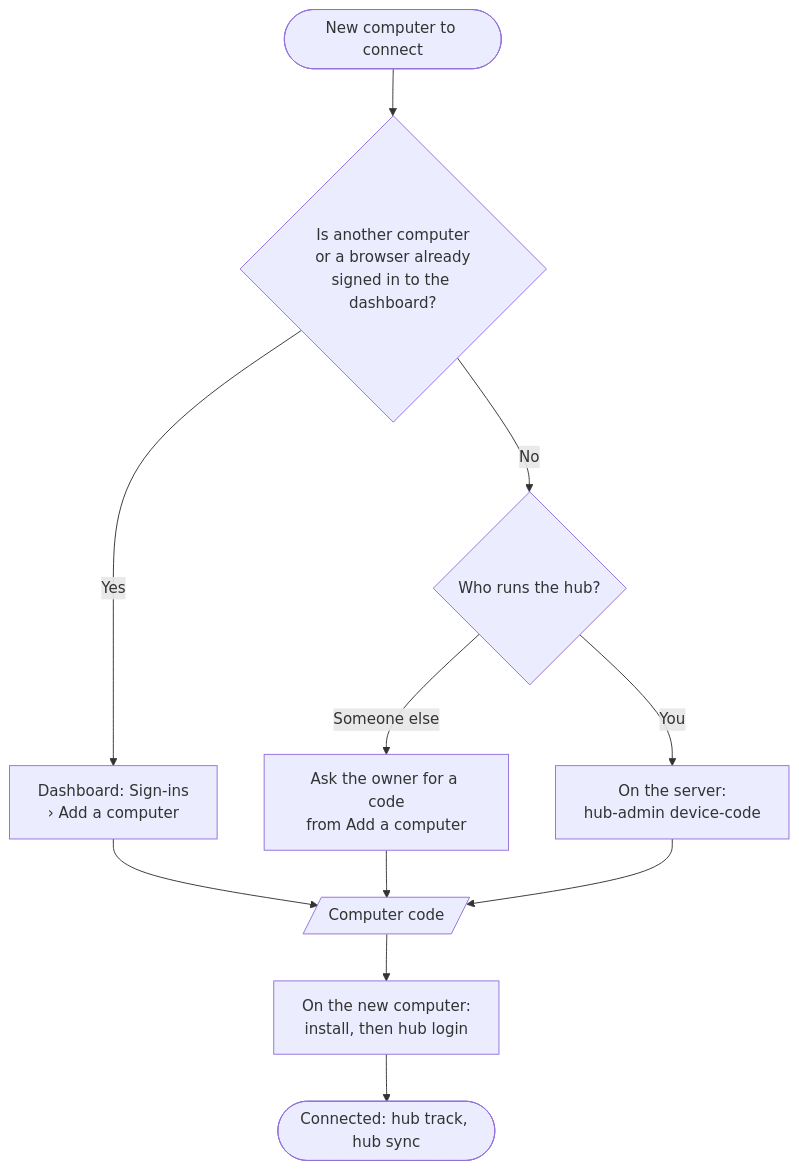
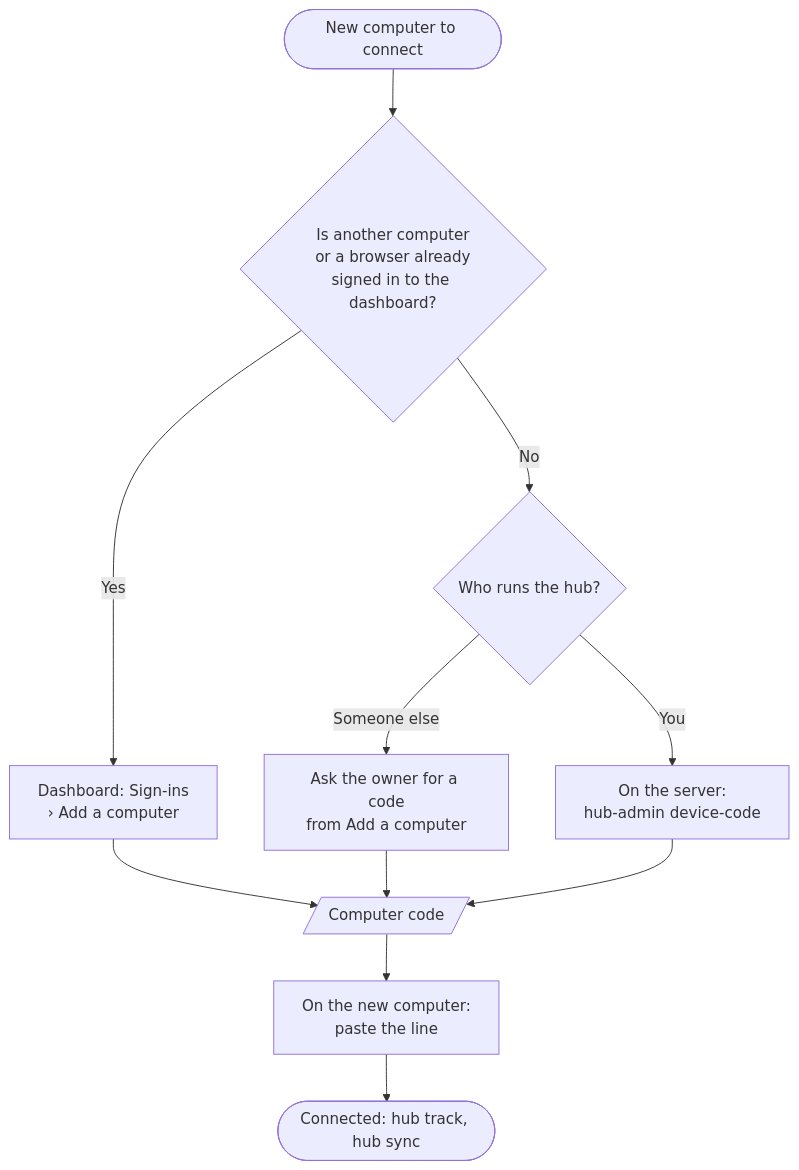
The first of 2 diagrams in README.md (abdulmuhg/context-hub), drawn with Mermaid before and after one commit. The commit also changed other lines of this file and 1 other file, not shown here.

Commit message:
README: one line per OS to set up a computer

````diff
--- a/README.md
+++ b/README.md
@@ -67,13 +67,13 @@
 ```mermaid
 flowchart TD
     start([New computer to connect]) --> q1{Is another computer<br/>or a browser already<br/>signed in to the dashboard?}
     q1 -- Yes --> addc[Dashboard: Sign-ins<br/>› Add a computer]
     q1 -- No --> q2{Who runs the hub?}
     q2 -- Someone else --> owner[Ask the owner for a code<br/>from Add a computer]
     q2 -- You --> server[On the server:<br/>hub-admin device-code]
     addc --> code[/Computer code/]
     owner --> code
     server --> code
-    code --> install[On the new computer:<br/>install, then hub login]
+    code --> install[On the new computer:<br/>paste the line]
     install --> done([Connected: hub track, hub sync])
 ```
````
